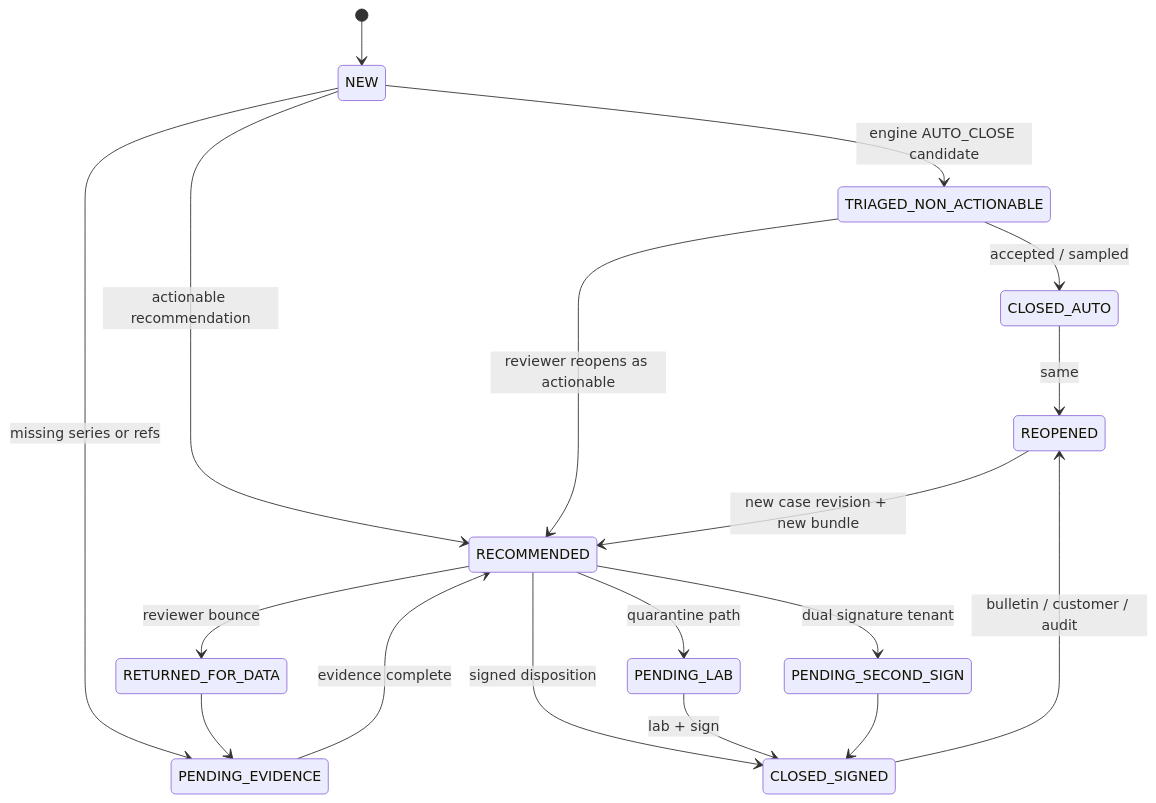
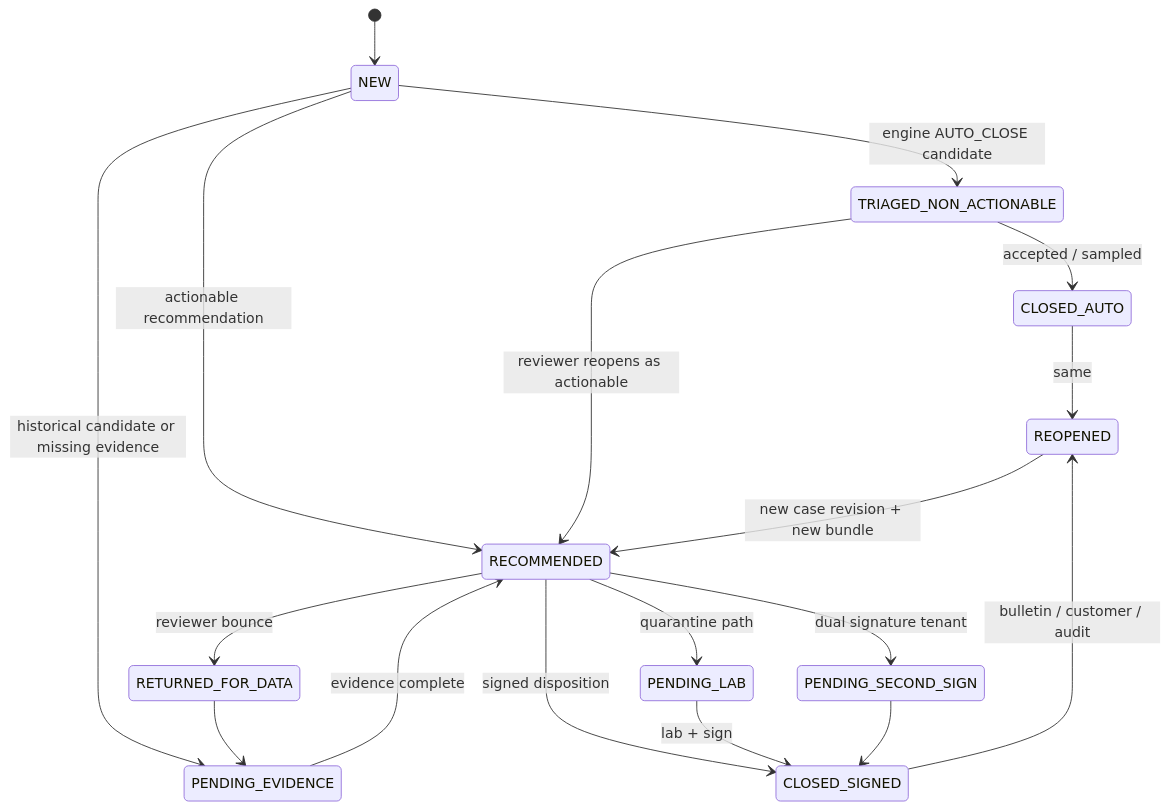
One commit to Zulfiqar7862/kestrel-adjudication-case-study changed the fifth of 6 diagrams in docs/case-study.md. Above: the diagram before and after it, drawn with Mermaid. The commit also changed other lines of this file and 60 other files, not shown here.

````diff
--- a/docs/case-study.md
+++ b/docs/case-study.md
@@ -362,20 +363,20 @@
 ```mermaid
 stateDiagram-v2
   [*] --> NEW
   NEW --> TRIAGED_NON_ACTIONABLE: engine AUTO_CLOSE candidate
-  NEW --> PENDING_EVIDENCE: missing series or refs
+  NEW --> PENDING_EVIDENCE: historical candidate or missing evidence
   NEW --> RECOMMENDED: actionable recommendation
   TRIAGED_NON_ACTIONABLE --> CLOSED_AUTO: accepted / sampled
   TRIAGED_NON_ACTIONABLE --> RECOMMENDED: reviewer reopens as actionable
   PENDING_EVIDENCE --> RECOMMENDED: evidence complete
   RECOMMENDED --> RETURNED_FOR_DATA: reviewer bounce
   RECOMMENDED --> PENDING_LAB: quarantine path
   RECOMMENDED --> PENDING_SECOND_SIGN: dual signature tenant
   RECOMMENDED --> CLOSED_SIGNED: signed disposition
   RETURNED_FOR_DATA --> PENDING_EVIDENCE
   PENDING_LAB --> CLOSED_SIGNED: lab + sign
   PENDING_SECOND_SIGN --> CLOSED_SIGNED
   CLOSED_SIGNED --> REOPENED: bulletin / customer / audit
   CLOSED_AUTO --> REOPENED: same
   REOPENED --> RECOMMENDED: new case revision + new bundle
 ```
````
